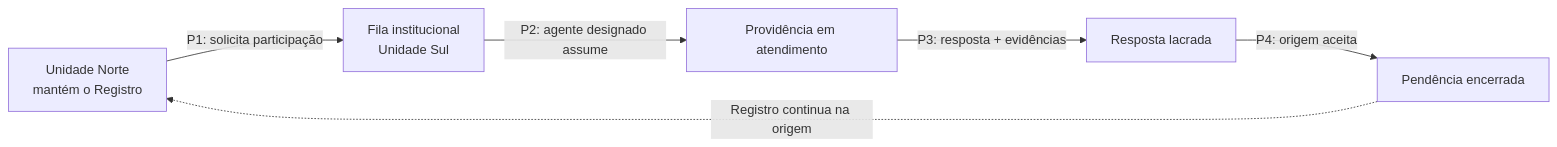
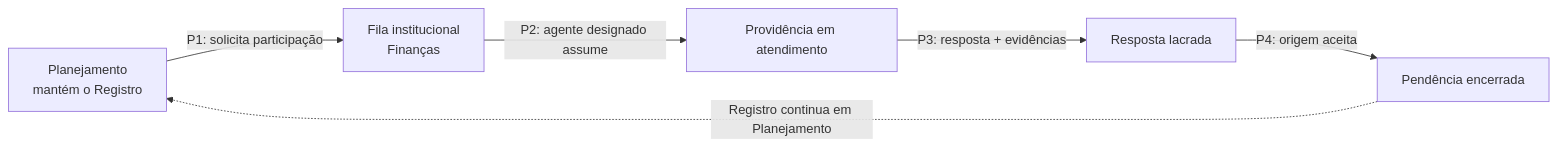
One commit to ailtonfv/governanca-lgpd-hortolandia changed diagram 29 of 32 in README.md. Above: the diagram before and after it, drawn with Mermaid. The commit also changed other lines of this file and 7 other files, not shown here.

````diff
--- a/README.md
+++ b/README.md
@@ -911,8 +970,8 @@
 ```mermaid
 flowchart LR
-    N["Unidade Norte<br/>mantém o Registro"] -- "P1: solicita participação" --> F["Fila institucional<br/>Unidade Sul"]
+    N["Planejamento<br/>mantém o Registro"] -- "P1: solicita participação" --> F["Fila institucional<br/>Finanças"]
     F -- "P2: agente designado assume" --> T["Providência em atendimento"]
     T -- "P3: resposta + evidências" --> R["Resposta lacrada"]
     R -- "P4: origem aceita" --> E["Pendência encerrada"]
-    E -. "Registro continua na origem" .-> N
+    E -. "Registro continua em Planejamento" .-> N
 ```
````
